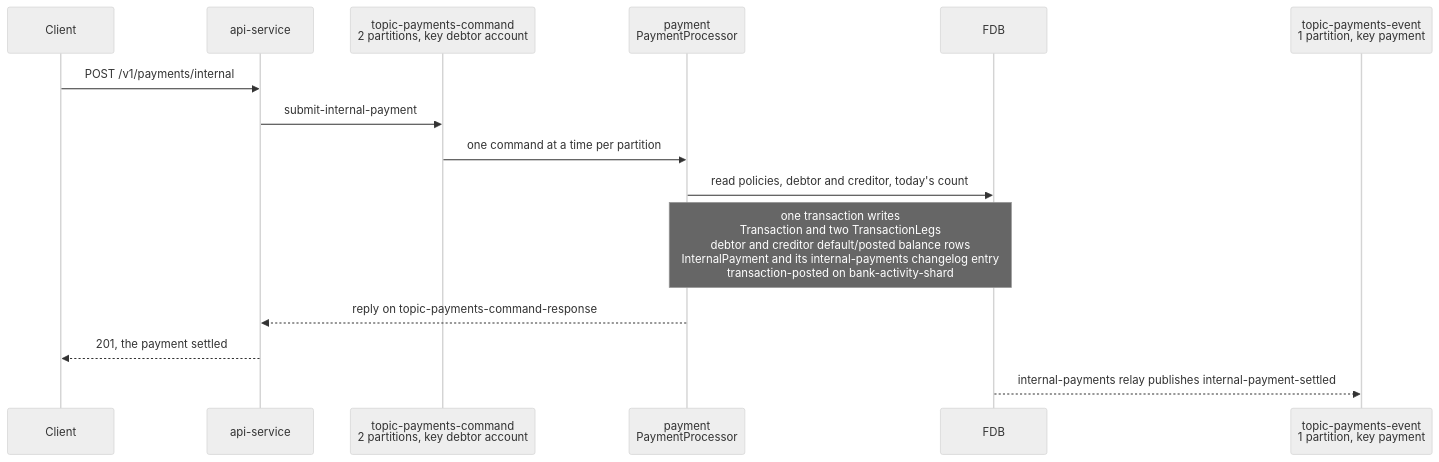
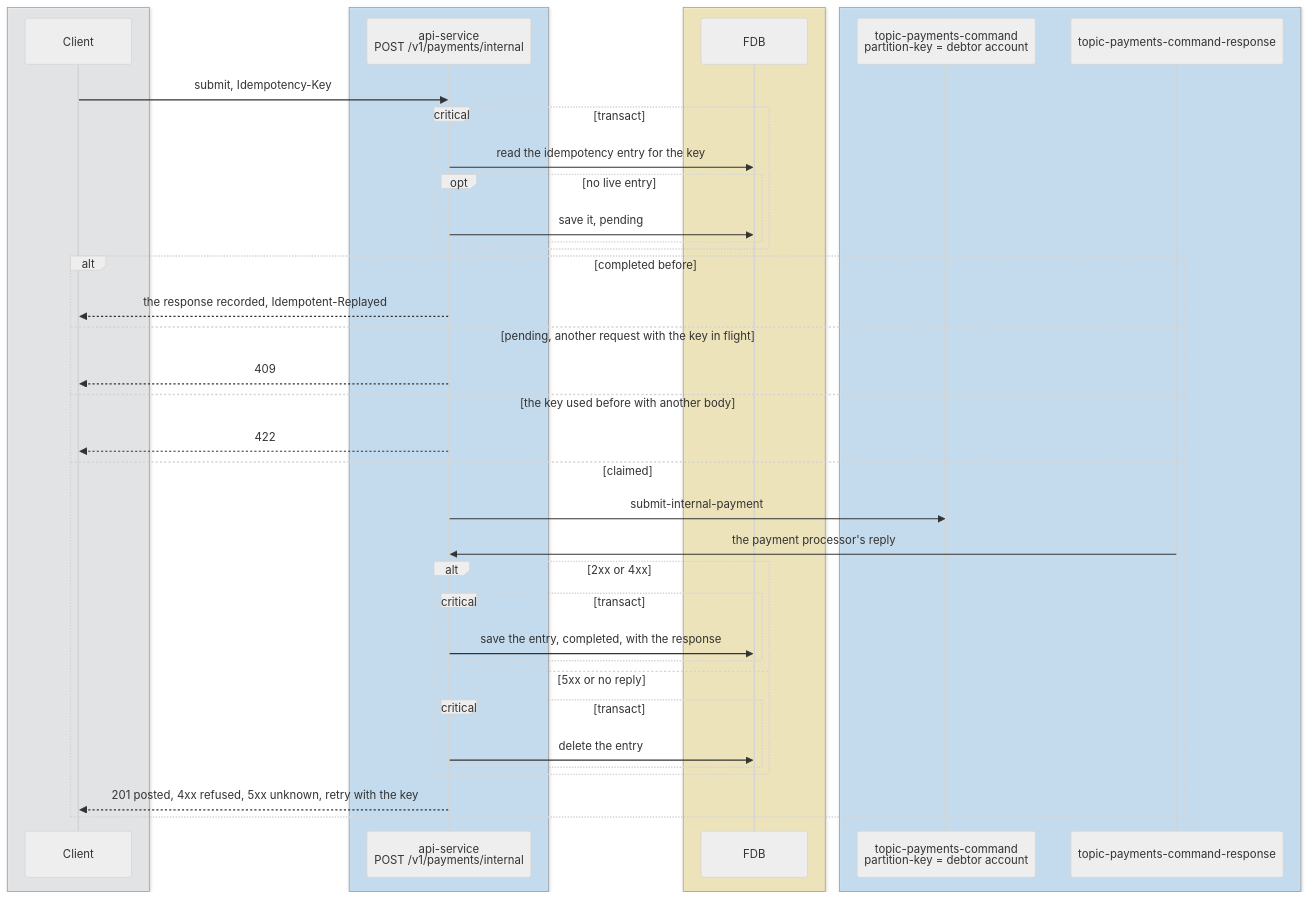
The second of 8 diagrams in docs/tdd/payments-internal.md (repldriven/queenswood), drawn with Mermaid (neutral theme) before and after one commit. The commit also changed other lines of this file and 3 other files, not shown here.

````diff
--- a/docs/tdd/payments-internal.md
+++ b/docs/tdd/payments-internal.md
@@ -49,17 +99,43 @@
 ```mermaid
 sequenceDiagram
+    box rgba(233, 236, 239, 0.5)
     participant C as Client
-    participant API as api-service
-    participant PC as topic-payments-command<br/>2 partitions, key debtor account
-    participant PP as payment<br/>PaymentProcessor
+    end
+    box rgba(165, 216, 255, 0.45)
+    participant API as api-service<br/>POST /v1/payments/internal
+    end
+    box rgba(255, 236, 153, 0.5)
     participant DB as FDB
-    participant PE as topic-payments-event<br/>1 partition, key payment
-    C->>API: POST /v1/payments/internal
+    end
+    box rgba(165, 216, 255, 0.45)
+    participant PC as topic-payments-command<br/>partition-key = debtor account
+    participant PR as topic-payments-command-response
+    end
+    C->>API: submit, Idempotency-Key
+    critical transact
+    API->>DB: read the idempotency entry for the key
+    opt no live entry
+    API->>DB: save it, pending
+    end
+    end
+    alt completed before
+    API-->>C: the response recorded, Idempotent-Replayed
+    else pending, another request with the key in flight
+    API-->>C: 409
+    else the key used before with another body
+    API-->>C: 422
+    else claimed
     API->>PC: submit-internal-payment
-    PC->>PP: one command at a time per partition
-    PP->>DB: read policies, debtor and creditor, today's count
-    Note over PP,DB: one transaction writes<br/>Transaction and two TransactionLegs<br/>debtor and creditor default/posted balance rows<br/>InternalPayment and its internal-payments changelog entry<br/>transaction-posted on bank-activity-shard
-    PP-->>API: reply on topic-payments-command-response
-    API-->>C: 201, the payment settled
-    DB-->>PE: internal-payments relay publishes internal-payment-settled
+    PR->>API: the payment processor's reply
+    alt 2xx or 4xx
+    critical transact
+    API->>DB: save the entry, completed, with the response
+    end
+    else 5xx or no reply
+    critical transact
+    API->>DB: delete the entry
+    end
+    end
+    API-->>C: 201 posted, 4xx refused, 5xx unknown, retry with the key
+    end
 ```
````
